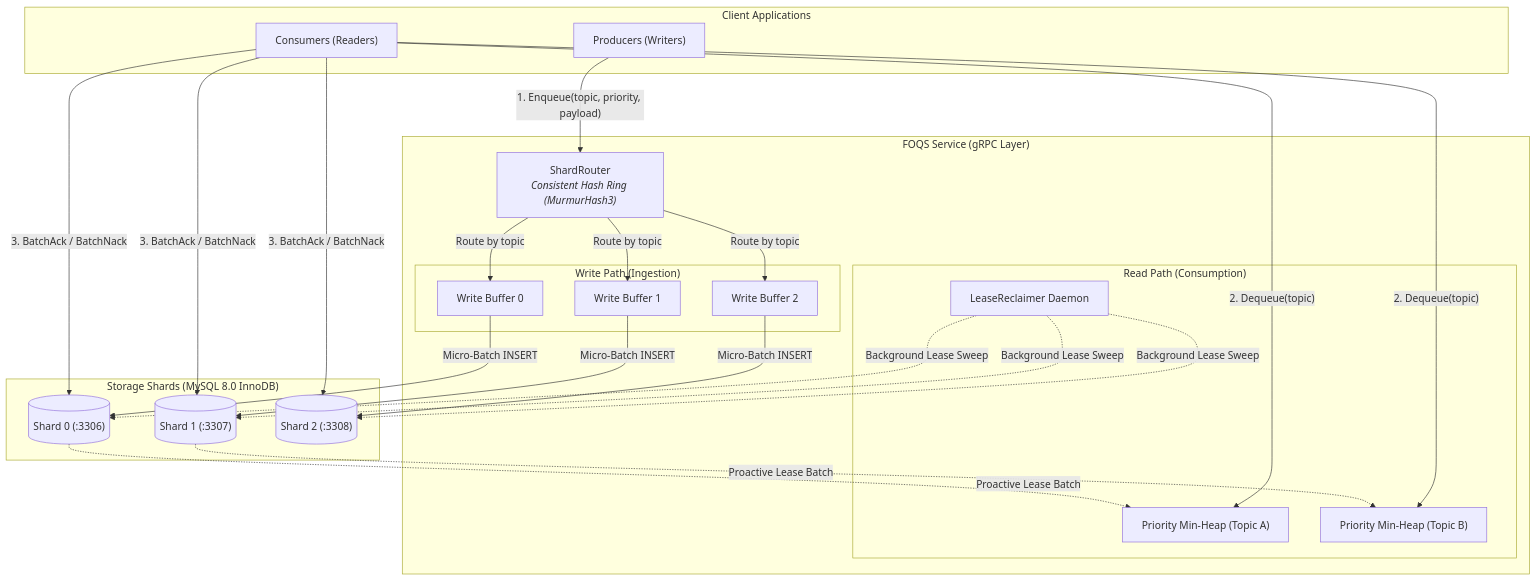
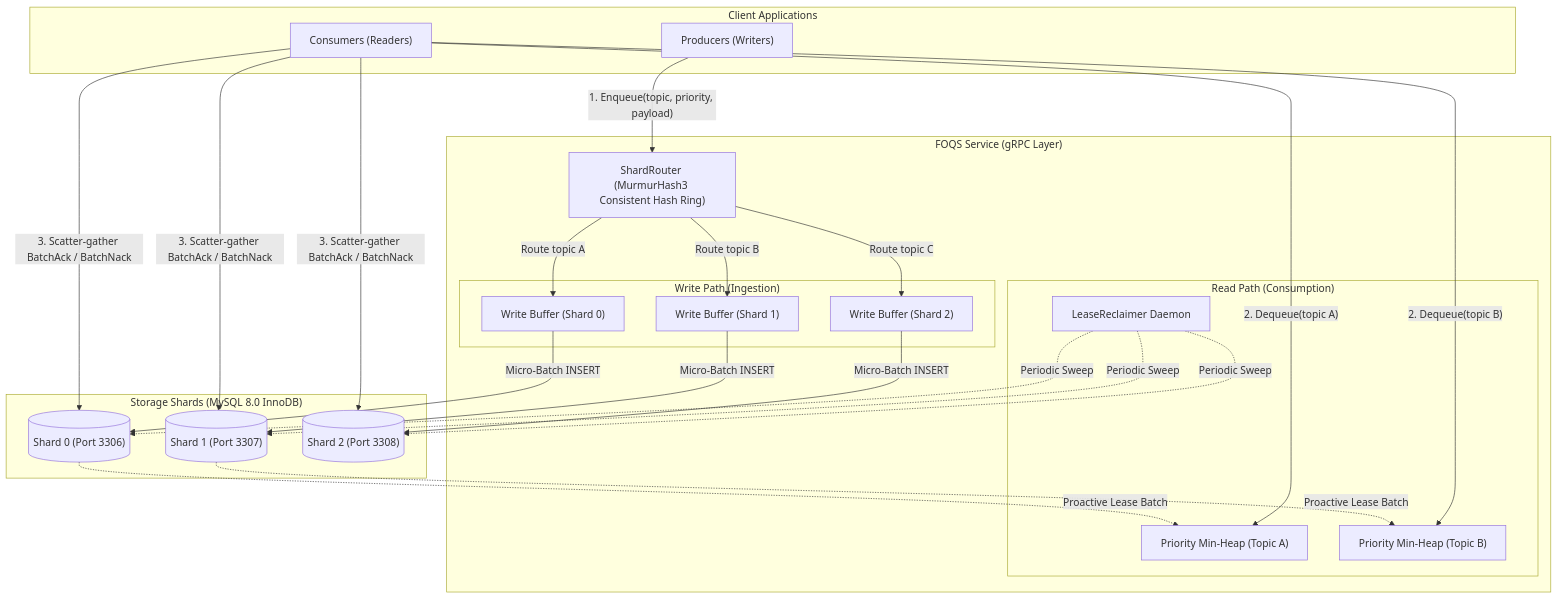
One commit to KhaiHust/FOQS changed the diagram in README.md. Above: the diagram before and after it, drawn with Mermaid. The commit also changed 1 other file, not shown here.

Commit message:
fix(docs): resolve Mermaid syntax error caused by unescaped brackets and comma in sequence diagram note

````diff
--- a/README.md
+++ b/README.md
@@ -19,43 +19,50 @@
 ```mermaid
 flowchart TD
     subgraph Clients ["Client Applications"]
         P["Producers (Writers)"]
         C["Consumers (Readers)"]
     end
 
     subgraph FOQS ["FOQS Service (gRPC Layer)"]
-        SR["ShardRouter<br/><i>Consistent Hash Ring (MurmurHash3)</i>"]
+        SR["ShardRouter (MurmurHash3 Consistent Hash Ring)"]
 
         subgraph Ingestion ["Write Path (Ingestion)"]
-            WB0["Write Buffer 0"]
-            WB1["Write Buffer 1"]
-            WB2["Write Buffer 2"]
+            WB0["Write Buffer (Shard 0)"]
+            WB1["Write Buffer (Shard 1)"]
+            WB2["Write Buffer (Shard 2)"]
         end
 
         subgraph Consumption ["Read Path (Consumption)"]
             MH0["Priority Min-Heap (Topic A)"]
             MH1["Priority Min-Heap (Topic B)"]
             LR["LeaseReclaimer Daemon"]
         end
     end
 
     subgraph Shards ["Storage Shards (MySQL 8.0 InnoDB)"]
-        DB0[("Shard 0 (:3306)")]
-        DB1[("Shard 1 (:3307)")]
-        DB2[("Shard 2 (:3308)")]
+        DB0[("Shard 0 (Port 3306)")]
+        DB1[("Shard 1 (Port 3307)")]
+        DB2[("Shard 2 (Port 3308)")]
     end
 
     %% Enqueue Flow
     P -->|"1. Enqueue(topic, priority, payload)"| SR
-    SR -->|"Route by topic"| WB0 & WB1 & WB2
+    SR -->|"Route topic A"| WB0
+    SR -->|"Route topic B"| WB1
+    SR -->|"Route topic C"| WB2
     WB0 -->|"Micro-Batch INSERT"| DB0
     WB1 -->|"Micro-Batch INSERT"| DB1
     WB2 -->|"Micro-Batch INSERT"| DB2
 
     %% Dequeue Flow
     DB0 -.->|"Proactive Lease Batch"| MH0
     DB1 -.->|"Proactive Lease Batch"| MH1
-    C -->|"2. Dequeue(topic)"| MH0 & MH1
-    C -->|"3. BatchAck / BatchNack"| DB0 & DB1 & DB2
-    LR -.->|"Background Lease Sweep"| DB0 & DB1 & DB2
+    C -->|"2. Dequeue(topic A)"| MH0
+    C -->|"2. Dequeue(topic B)"| MH1
+    C -->|"3. Scatter-gather BatchAck / BatchNack"| DB0
+    C -->|"3. Scatter-gather BatchAck / BatchNack"| DB1
+    C -->|"3. Scatter-gather BatchAck / BatchNack"| DB2
+    LR -.->|"Periodic Sweep"| DB0
+    LR -.->|"Periodic Sweep"| DB1
+    LR -.->|"Periodic Sweep"| DB2
 ```
````
